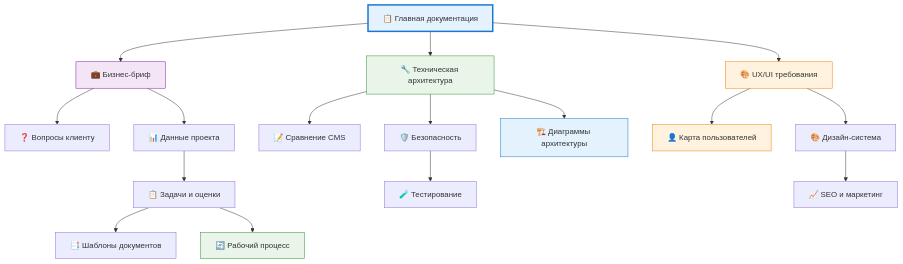
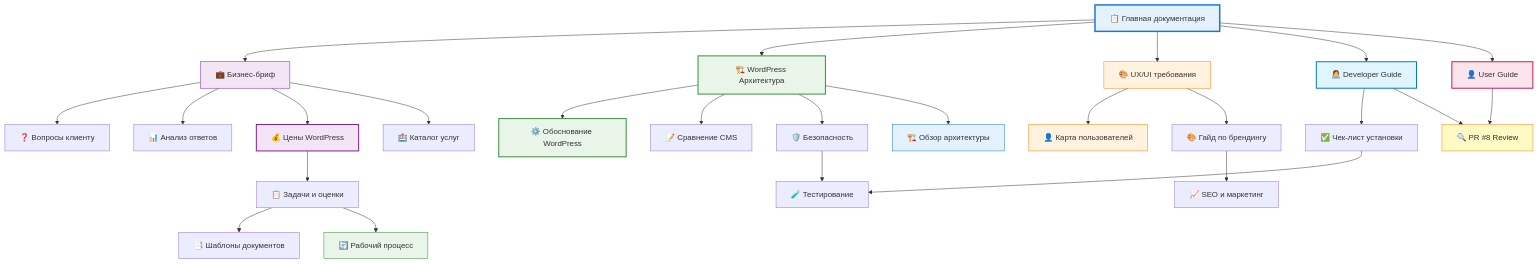
One commit to zaebee/medicine changed the diagram in docs/documentation-map.md. Above: the diagram before and after it, drawn with Mermaid. The commit also changed other lines of this file, not shown here.

First line of the commit message:
feat: Обновить карту документации с WordPress документами

````diff
--- a/docs/documentation-map.md
+++ b/docs/documentation-map.md
@@ -56,31 +123,47 @@
 ```mermaid
 graph TD
     A[📋 Главная документация] --> B[💼 Бизнес-бриф]
-    A --> C[🔧 Техническая архитектура]
+    A --> C[🏗️ WordPress Архитектура]
     A --> D[🎨 UX/UI требования]
+    A --> E[👩‍💻 Developer Guide]
+    A --> F[👤 User Guide]
 
-    B --> E[❓ Вопросы клиенту]
-    B --> F[📊 Данные проекта]
+    B --> G[❓ Вопросы клиенту]
+    B --> H[📊 Анализ ответов]
+    B --> I[💰 Цены WordPress]
+    B --> J[🏥 Каталог услуг]
 
-    C --> G[📝 Сравнение CMS]
-    C --> H[🛡️ Безопасность]
-    C --> I[🏗️ Диаграммы архитектуры]
+    C --> K[⚙️ Обоснование WordPress]
+    C --> L[📝 Сравнение CMS]
+    C --> M[🛡️ Безопасность]
+    C --> N[🏗️ Обзор архитектуры]
 
-    D --> J[👤 Карта пользователей]
-    D --> K[🎨 Дизайн-система]
+    D --> O[👤 Карта пользователей]
+    D --> P[🎨 Гайд по брендингу]
 
-    F --> L[📋 Задачи и оценки]
-    L --> M[📑 Шаблоны документов]
-    L --> N[🔄 Рабочий процесс]
+    I --> Q[📋 Задачи и оценки]
+    Q --> R[📑 Шаблоны документов]
+    Q --> S[🔄 Рабочий процесс]
 
-    H --> O[🧪 Тестирование]
-    K --> P[📈 SEO и маркетинг]
+    E --> T[✅ Чек-лист установки]
+    T --> U[🧪 Тестирование]
+    
+    M --> U
+    P --> V[📈 SEO и маркетинг]
+    
+    E --> W[🔍 PR #8 Review]
+    F --> W
 
     style A fill:#e3f2fd,stroke:#1976d2,stroke-width:3px
     style B fill:#f3e5f5,stroke:#7b1fa2
-    style C fill:#e8f5e8,stroke:#388e3c
+    style C fill:#e8f5e8,stroke:#388e3c,stroke-width:2px
     style D fill:#fff3e0,stroke:#f57c00
-    style I fill:#e3f2fd,stroke:#1976d2
-    style J fill:#fff3e0,stroke:#f57c00
-    style N fill:#e8f5e8,stroke:#388e3c
+    style E fill:#e1f5fe,stroke:#0277bd,stroke-width:2px
+    style F fill:#fce4ec,stroke:#c2185b,stroke-width:2px
+    style I fill:#f3e5f5,stroke:#7b1fa2,stroke-width:2px
+    style K fill:#e8f5e8,stroke:#388e3c,stroke-width:2px
+    style N fill:#e3f2fd,stroke:#1976d2
+    style O fill:#fff3e0,stroke:#f57c00
+    style S fill:#e8f5e8,stroke:#388e3c
+    style W fill:#fff9c4,stroke:#f57f17
 ```
````
